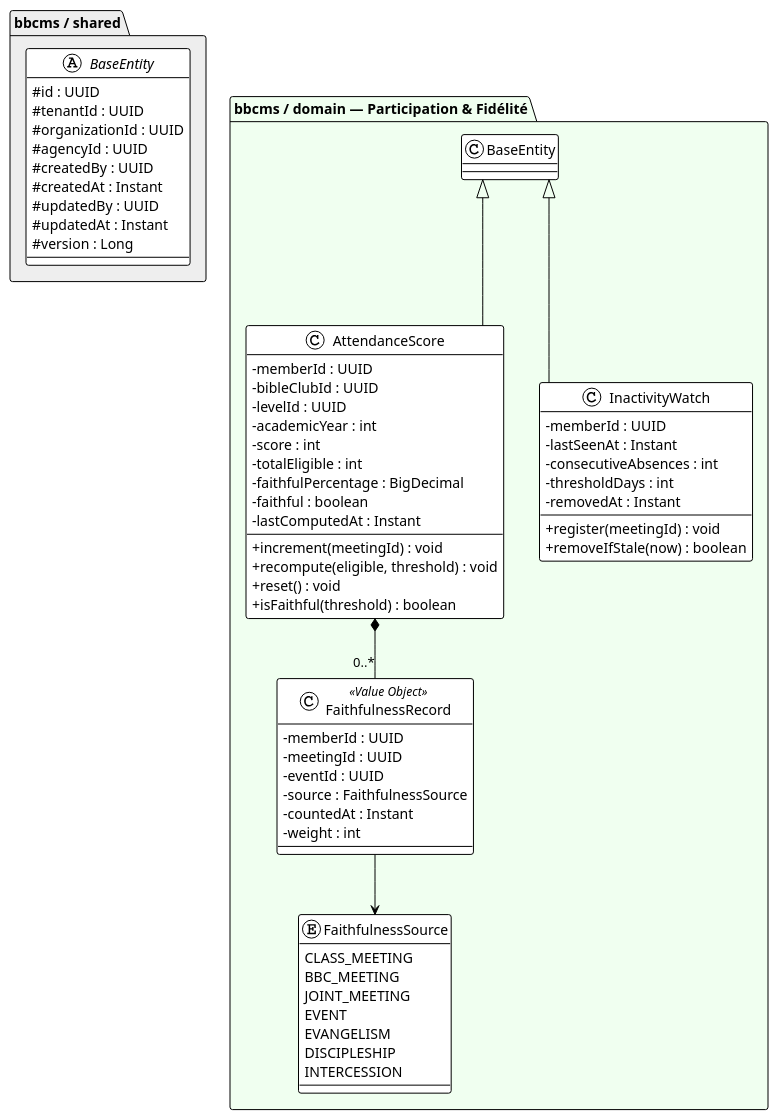
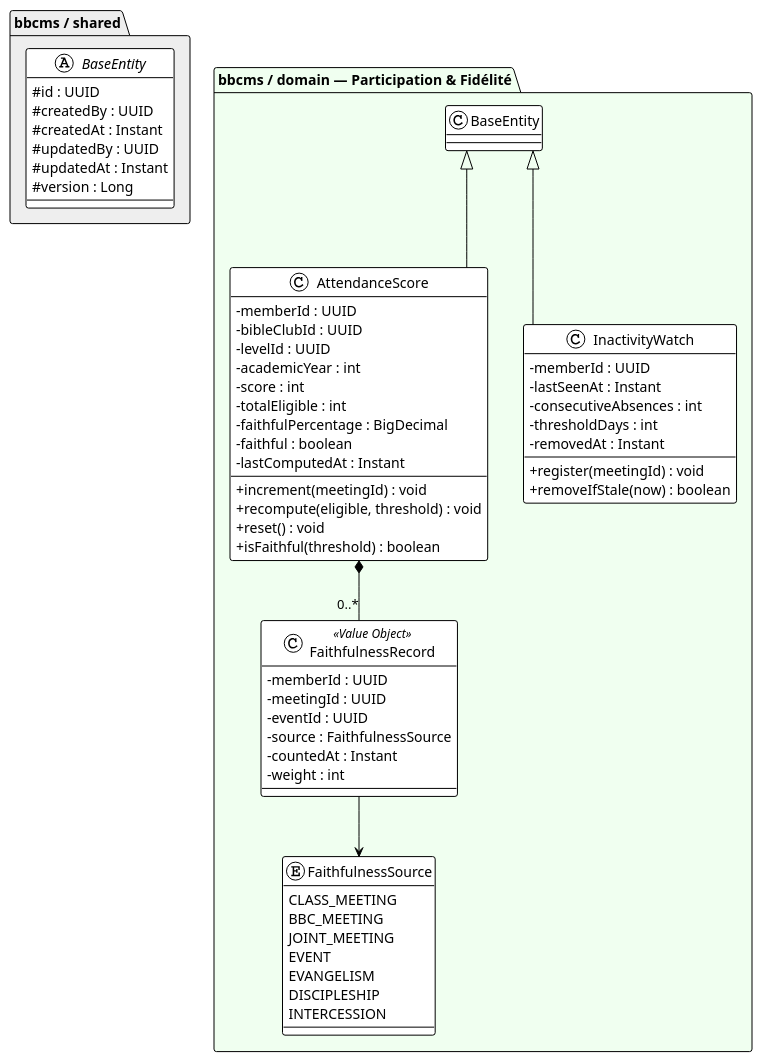
One commit to TF-Jordan/CairTech changed the diagram in bbcms/diagrams/dc-participation.puml. Above: the diagram before and after it, drawn with PlantUML. The commit also changed 16 other files, not shown here.

```diff
--- a/bbcms/diagrams/dc-participation.puml
+++ b/bbcms/diagrams/dc-participation.puml
@@ -1,71 +1,68 @@
 @startuml dc-participation
 !theme plain
 skinparam classAttributeIconSize 0
 skinparam linetype ortho
 
 package "bbcms / shared" #EEEEEE {
     abstract class BaseEntity {
         # id : UUID
-        # tenantId : UUID
-        # organizationId : UUID
-        # agencyId : UUID
         # createdBy : UUID
         # createdAt : Instant
         # updatedBy : UUID
         # updatedAt : Instant
         # version : Long
     }
 }
 
 package "bbcms / domain — Participation & Fidélité" #F0FFF0 {
 
     class AttendanceScore extends BaseEntity {
         - memberId : UUID
         - bibleClubId : UUID
         - levelId : UUID
         - academicYear : int
         - score : int
         - totalEligible : int
         - faithfulPercentage : BigDecimal
         - faithful : boolean
         - lastComputedAt : Instant
         + increment(meetingId) : void
         + recompute(eligible, threshold) : void
         + reset() : void
         + isFaithful(threshold) : boolean
     }
 
     class FaithfulnessRecord <<Value Object>> {
         - memberId : UUID
         - meetingId : UUID
         - eventId : UUID
         - source : FaithfulnessSource
         - countedAt : Instant
         - weight : int
     }
 
     class InactivityWatch extends BaseEntity {
         - memberId : UUID
         - lastSeenAt : Instant
         - consecutiveAbsences : int
         - thresholdDays : int
         - removedAt : Instant
         + register(meetingId) : void
         + removeIfStale(now) : boolean
     }
 
     enum FaithfulnessSource {
         CLASS_MEETING
         BBC_MEETING
         JOINT_MEETING
         EVENT
         EVANGELISM
         DISCIPLESHIP
         INTERCESSION
     }
 
     AttendanceScore *-- "0..*" FaithfulnessRecord
     FaithfulnessRecord --> FaithfulnessSource
 }
 
 @enduml
```
